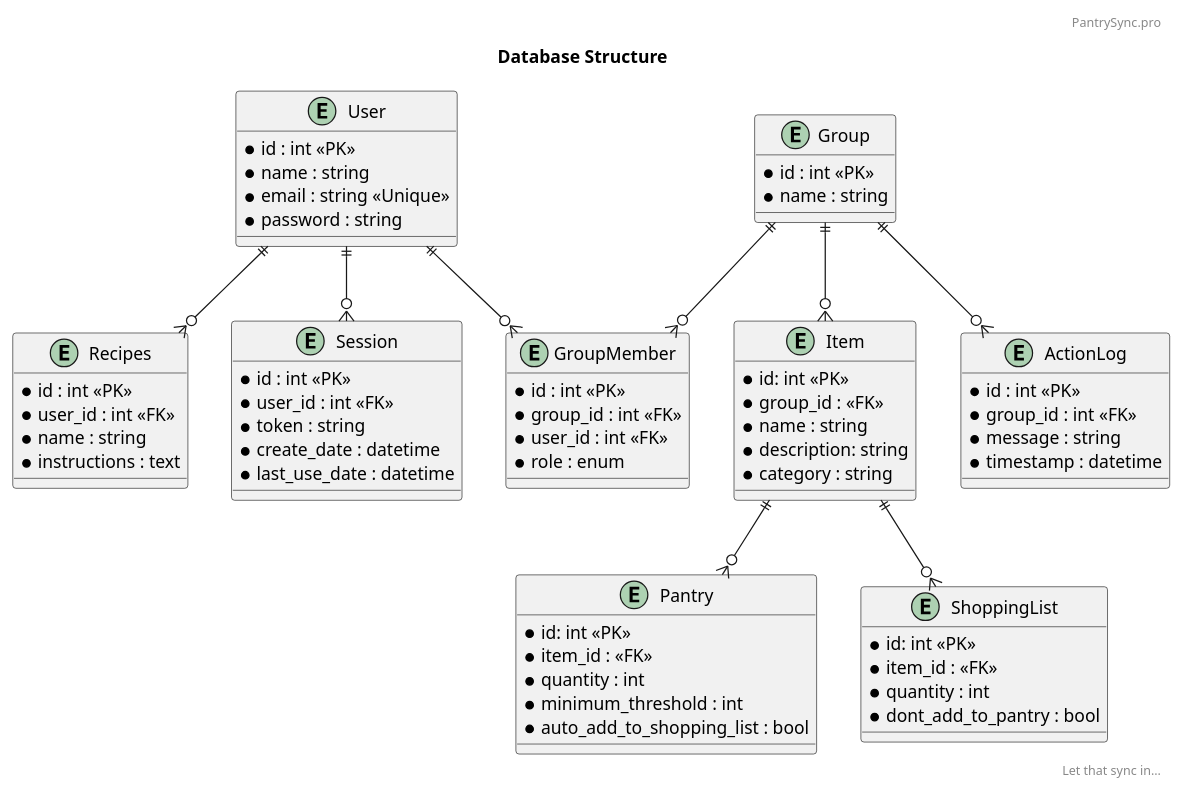
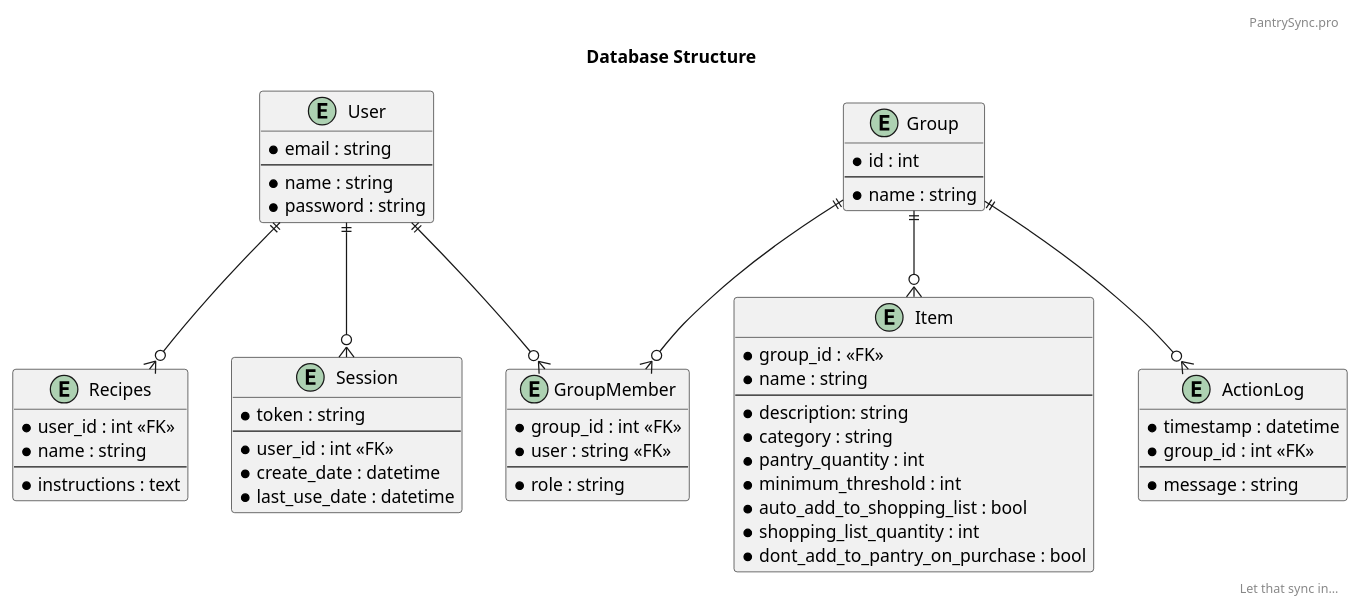
Before and after one commit to kyutc/RestockApi: the diagram in docs/database.puml, drawn with PlantUML. The commit also changed 10 other files, not shown here.

Commit message:
Update schema, add missing methods

```diff
--- a/docs/database.puml
+++ b/docs/database.puml
@@ -1,86 +1,72 @@
 @startuml Pantry Manager Classes
 
 header PantrySync.pro
 right footer Let that sync in...
 title Database Structure
 
     entity User {
-        *id : int <<PK>>
+        *email : string
+        --
         *name : string
-        *email : string <<Unique>>
         *password : string
     }
 
     entity Group {
-        *id : int <<PK>>
+        *id : int
+        --
         *name : string
     }
 
     entity GroupMember {
-        *id : int <<PK>>
         *group_id : int <<FK>>
-        *user_id : int <<FK>>
-        ' Role can be expanded to something dynamic rather than an enum
-        *role : enum
-    }
-
-    entity Item {
-        *id: int <<PK>>
-        *group_id : <<FK>>
-        *name : string
-        *description: string
-        ' Category could be an enum
-        *category : string
-    }
-
-    entity Pantry {
-        *id: int <<PK>>
-        *item_id : <<FK>>
-        *quantity : int
-        *minimum_threshold : int
-        *auto_add_to_shopping_list : bool
-    }
-
-    entity ShoppingList {
-        *id: int <<PK>>
-        *item_id : <<FK>>
-        *quantity : int
-		*dont_add_to_pantry : bool
+        *user : string <<FK>>
+        --
+        *role : string
     }
 
     entity Recipes {
-        *id : int <<PK>>
         *user_id : int <<FK>>
         *name : string
+        --
         /' Including ingredients here for the purpose of identifying possible recipes for given ingredients would
            require a more advanced structure.
         '/
         *instructions : text
     }
-    
+
+     entity Item {
+         *group_id : <<FK>>
+         *name : string
+         --
+         *description: string
+         *category : string
+         *pantry_quantity : int
+         *minimum_threshold : int
+         *auto_add_to_shopping_list : bool
+         *shopping_list_quantity : int
+         *dont_add_to_pantry_on_purchase : bool
+     }
+
     entity ActionLog {
-        ' Is this an audit log?
-        *id : int <<PK>>
+        *timestamp : datetime
         *group_id : int <<FK>>
+        --
         *message : string
-        *timestamp : datetime
     }
 
     entity Session {
-        *id : int <<PK>>
+        *token : string
+        --
         *user_id : int <<FK>>
-        *token : string
         *create_date : datetime
         *last_use_date : datetime
     }
 
     User  ||--o{ GroupMember
     User  ||--o{ Recipes
     User  ||--o{ Session
     Group ||--o{ ActionLog
     Group ||--o{ GroupMember
     Group ||--o{ Item
-    Item  ||--o{ Pantry
-    Item  ||--o{ ShoppingList
 
 @enduml
```
